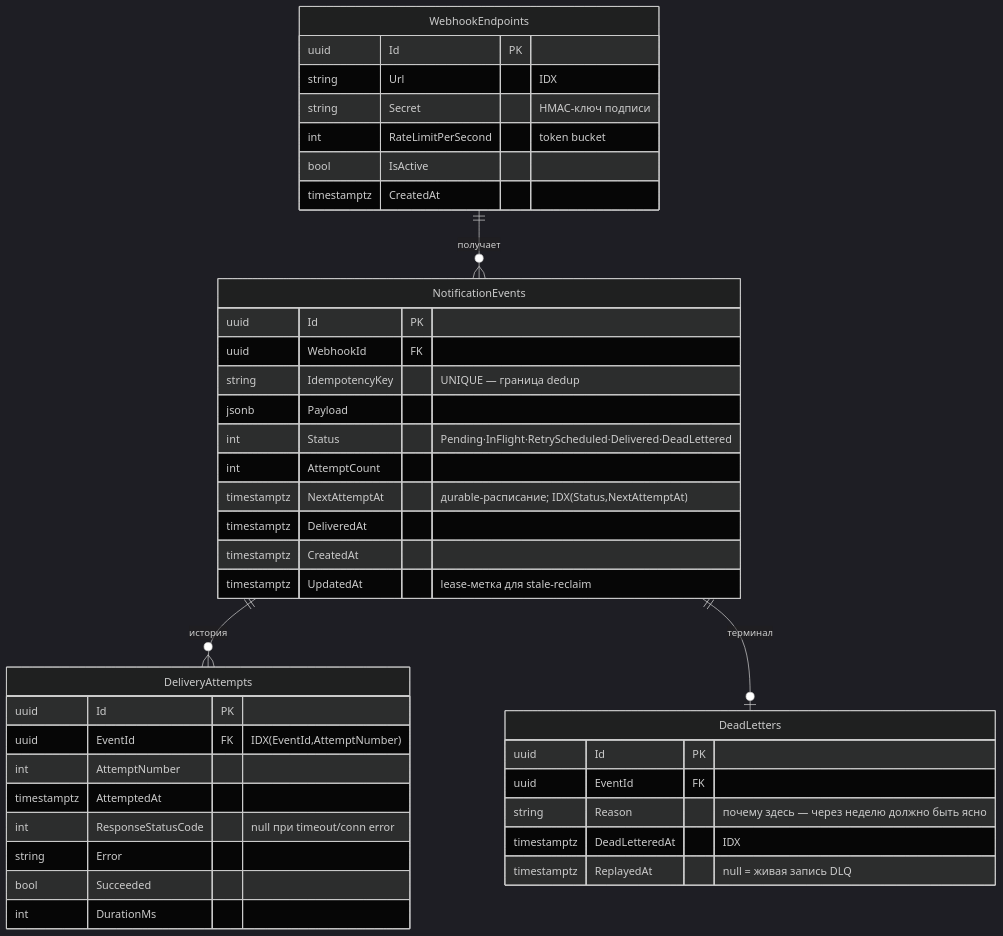
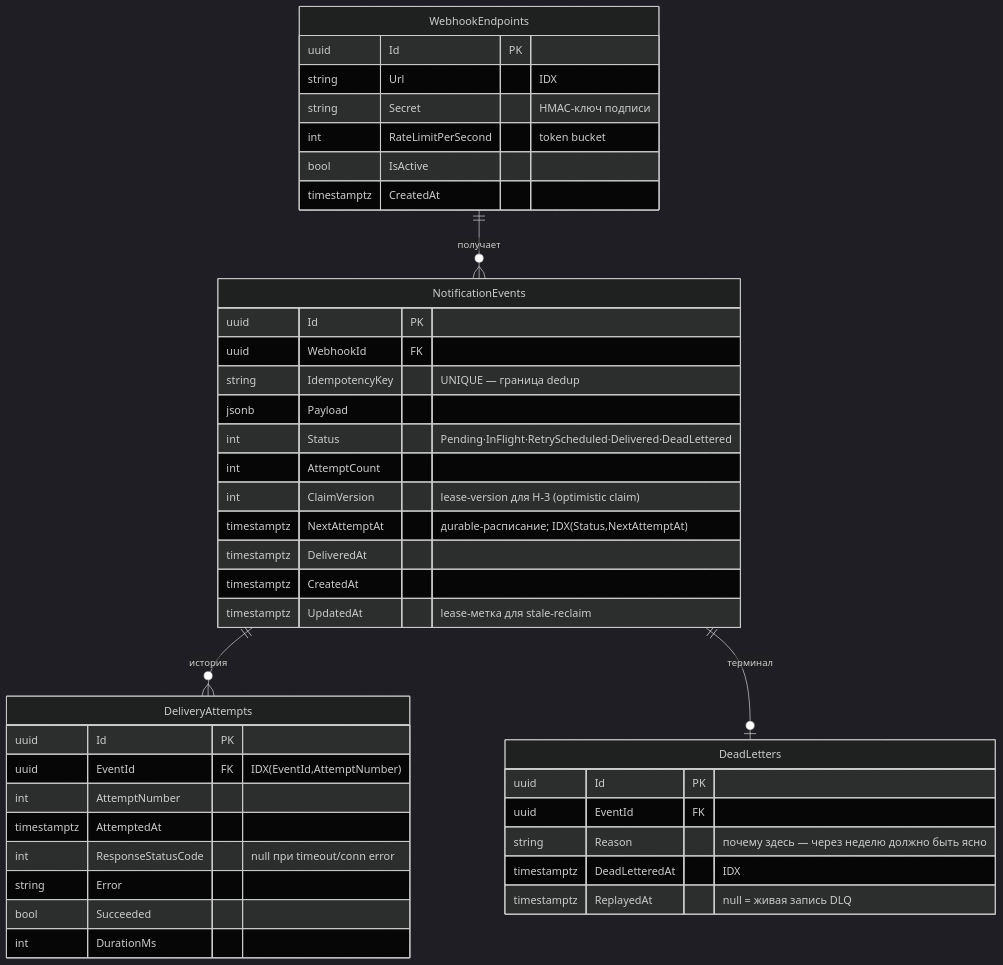
The fourth of 4 diagrams in docs/diagrams/system.md (ezpectus/webhook-engine), drawn with Mermaid (dark theme) before and after one commit. The commit also changed other lines of this file and 6 other files, not shown here.

Commit message:
Sync docs with post-H-1 reality: dedup-flow diagram, schema.sql ClaimVersion, review findings, README status

````diff
--- a/docs/diagrams/system.md
+++ b/docs/diagrams/system.md
@@ -79,47 +101,48 @@
 ```mermaid
 erDiagram
     WebhookEndpoints ||--o{ NotificationEvents : "получает"
     NotificationEvents ||--o{ DeliveryAttempts : "история"
     NotificationEvents ||--o| DeadLetters : "терминал"
 
     WebhookEndpoints {
         uuid Id PK
         string Url "IDX"
         string Secret "HMAC-ключ подписи"
         int RateLimitPerSecond "token bucket"
         bool IsActive
         timestamptz CreatedAt
     }
 
     NotificationEvents {
         uuid Id PK
         uuid WebhookId FK
         string IdempotencyKey "UNIQUE — граница dedup"
         jsonb Payload
         int Status "Pending·InFlight·RetryScheduled·Delivered·DeadLettered"
         int AttemptCount
+        int ClaimVersion "lease-version для H-3 (optimistic claim)"
         timestamptz NextAttemptAt "дurable-расписание; IDX(Status,NextAttemptAt)"
         timestamptz DeliveredAt
         timestamptz CreatedAt
         timestamptz UpdatedAt "lease-метка для stale-reclaim"
     }
 
     DeliveryAttempts {
         uuid Id PK
         uuid EventId FK "IDX(EventId,AttemptNumber)"
         int AttemptNumber
         timestamptz AttemptedAt
         int ResponseStatusCode "null при timeout/conn error"
         string Error
         bool Succeeded
         int DurationMs
     }
 
     DeadLetters {
         uuid Id PK
         uuid EventId FK
         string Reason "почему здесь — через неделю должно быть ясно"
         timestamptz DeadLetteredAt "IDX"
         timestamptz ReplayedAt "null = живая запись DLQ"
     }
 ```
````
